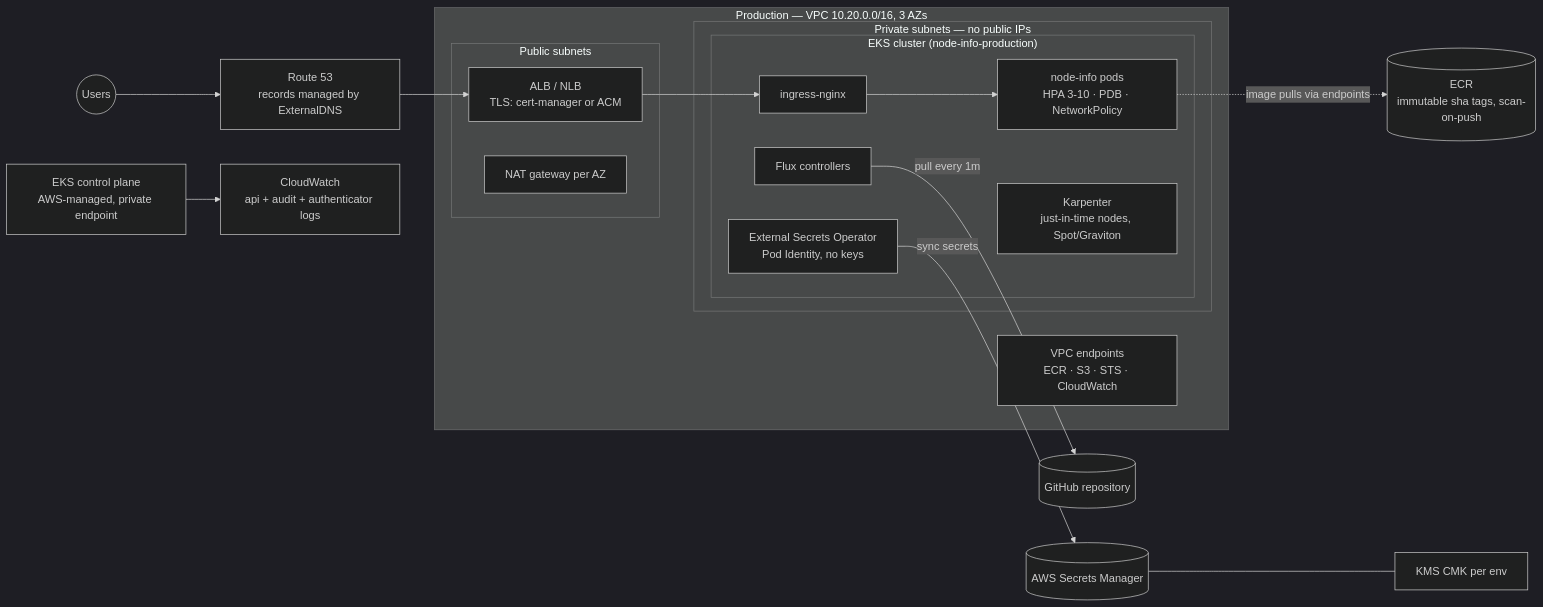
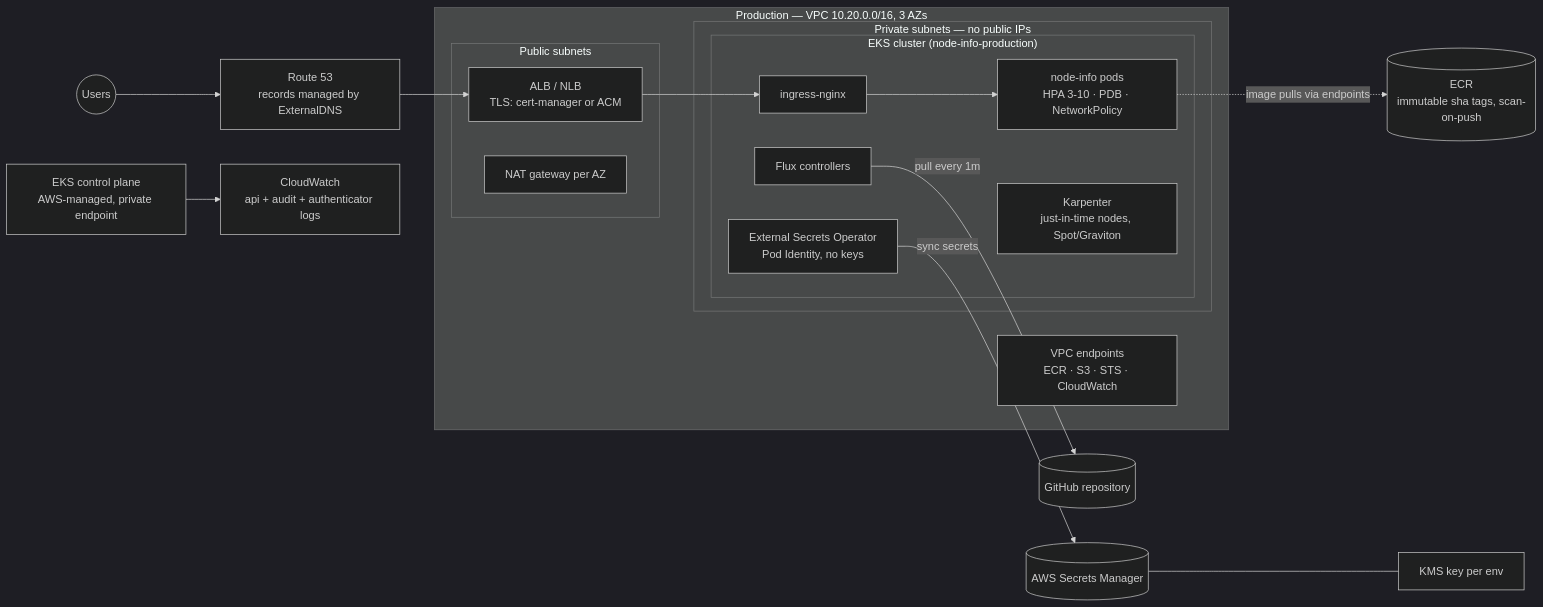
Before and after one commit to cloudor-devops/Vadim-Home-TeraSky: the third of 4 diagrams in README.md, drawn with Mermaid (dark theme). The commit also changed other lines of this file, not shown here.

````diff
--- a/README.md
+++ b/README.md
@@ -344,27 +344,27 @@
 ```mermaid
 flowchart LR
     subgraph vpc["Production — VPC 10.20.0.0/16, 3 AZs"]
         subgraph pub["Public subnets"]
             alb[ALB / NLB<br/>TLS: cert-manager or ACM]
             nat[NAT gateway per AZ]
         end
         subgraph priv["Private subnets — no public IPs"]
             subgraph eks["EKS cluster (node-info-production)"]
                 nginx[ingress-nginx] --> pods[node-info pods<br/>HPA 3-10 · PDB · NetworkPolicy]
                 fluxc[Flux controllers]
                 esoc[External Secrets Operator<br/>Pod Identity, no keys]
                 karp[Karpenter<br/>just-in-time nodes, Spot/Graviton]
             end
         end
         vpce[VPC endpoints<br/>ECR · S3 · STS · CloudWatch]
     end
 
     users((Users)) --> r53[Route 53<br/>records managed by ExternalDNS]
     r53 --> alb
     alb --> nginx
     fluxc -->|pull every 1m| repo[(GitHub repository)]
     pods -.->|image pulls via endpoints| ecr[(ECR<br/>immutable sha tags, scan-on-push)]
     esoc -->|sync secrets| sm[(AWS Secrets Manager)]
-    sm --- kms[KMS CMK per env]
+    sm --- kms[KMS key per env]
     cp[EKS control plane<br/>AWS-managed, private endpoint] --> cw[CloudWatch<br/>api + audit + authenticator logs]
 ```
````
